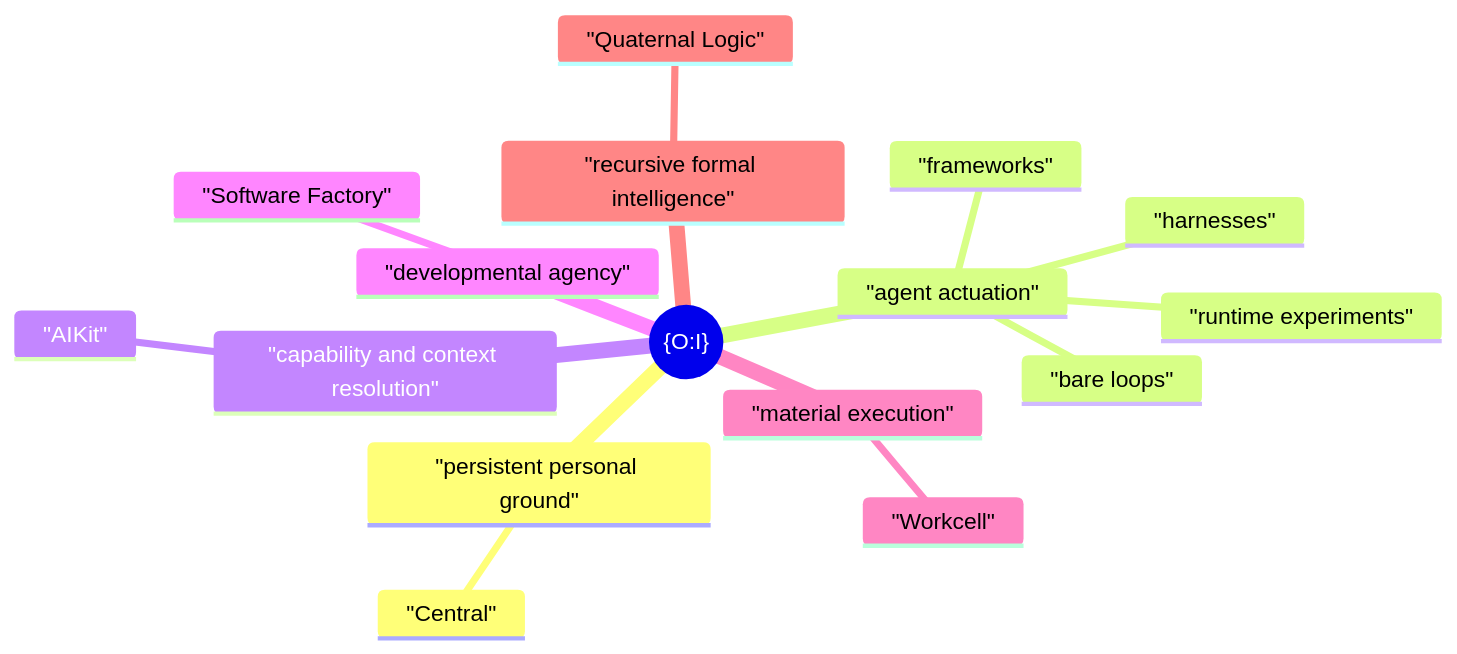
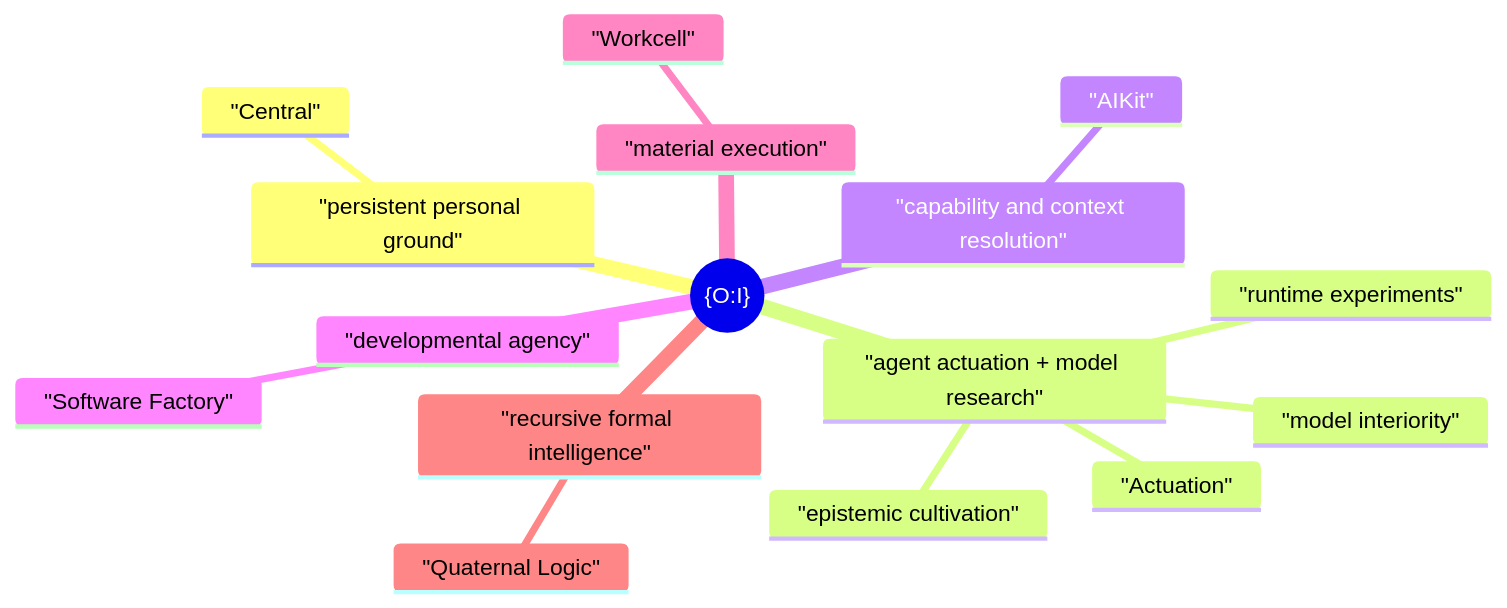
The diagram in README.md (EpiLogos/O-I), drawn with Mermaid before and after one commit. The commit also changed other lines of this file, not shown here.

Commit message:
Expose Actuation and epistemic cultivation from O:I

````diff
--- a/README.md
+++ b/README.md
@@ -39,19 +39,19 @@
 ```mermaid
 mindmap
   root(("{O:I}"))
     "persistent personal ground"
       "Central"
-    "agent actuation"
+    "agent actuation + model research"
+      "Actuation"
       "runtime experiments"
-      "frameworks"
-      "harnesses"
-      "bare loops"
+      "epistemic cultivation"
+      "model interiority"
     "capability and context resolution"
       "AIKit"
     "developmental agency"
       "Software Factory"
     "material execution"
       "Workcell"
     "recursive formal intelligence"
       "Quaternal Logic"
 ```
````
